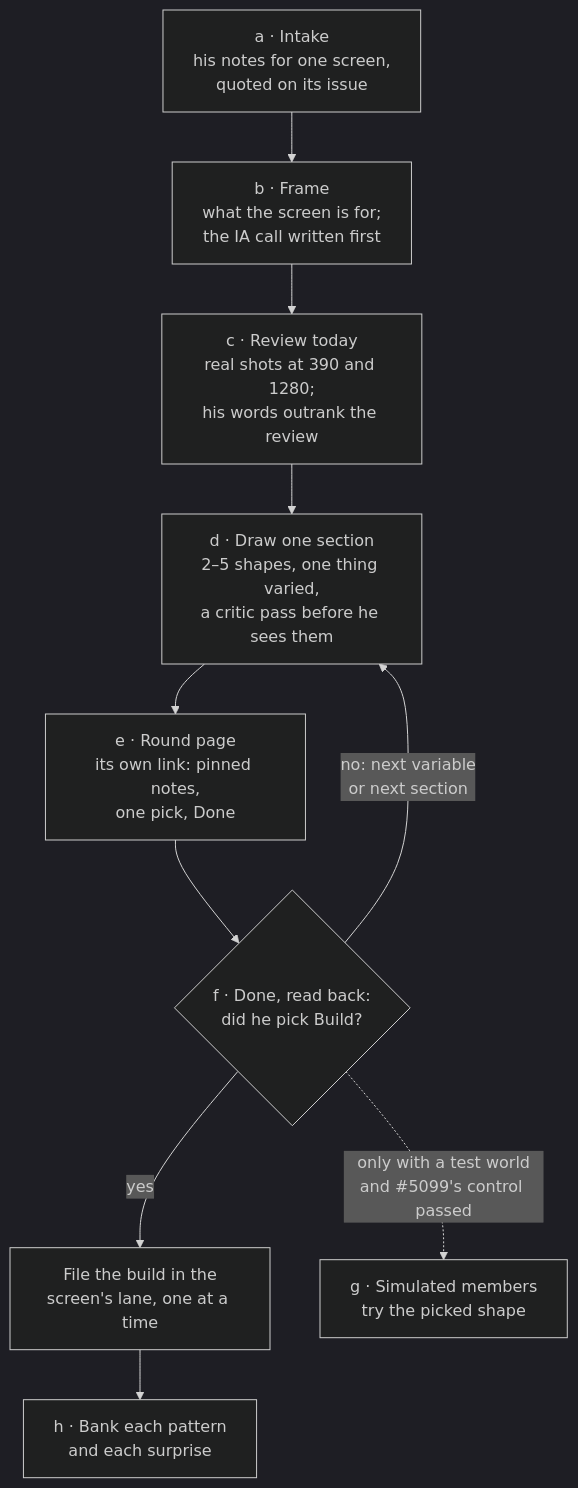
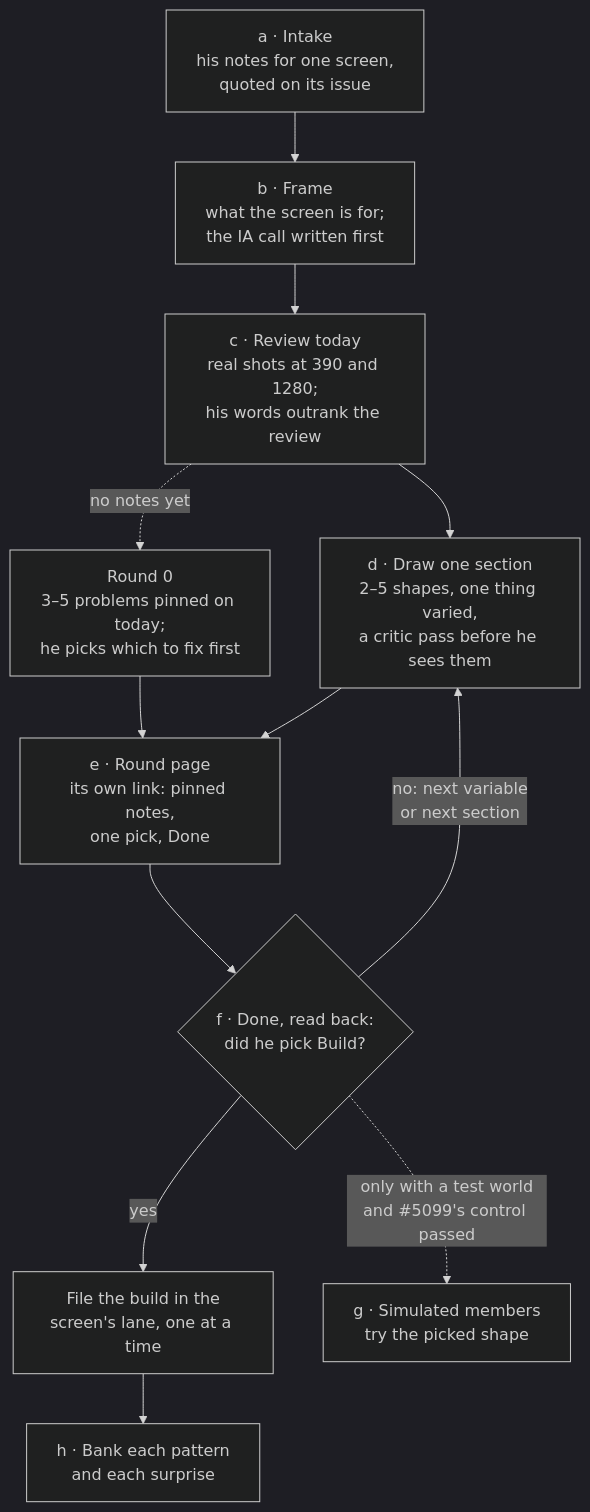
The diagram in docs/process/REDESIGN.md (ejclark/skynet-capital), drawn with Mermaid (dark theme) before and after one commit. The commit also changed other lines of this file and 22 other files, not shown here.

````diff
--- a/docs/process/REDESIGN.md
+++ b/docs/process/REDESIGN.md
@@ -11,12 +11,14 @@
 ```mermaid
 flowchart TD
   A["a · Intake<br/>his notes for one screen,<br/>quoted on its issue"] --> B["b · Frame<br/>what the screen is for;<br/>the IA call written first"]
   B --> C["c · Review today<br/>real shots at 390 and 1280;<br/>his words outrank the review"]
   C --> D["d · Draw one section<br/>2–5 shapes, one thing varied,<br/>a critic pass before he sees them"]
+  C -.->|"no notes yet"| Z["Round 0<br/>3–5 problems pinned on today;<br/>he picks which to fix first"]
+  Z --> E
   D --> E["e · Round page<br/>its own link: pinned notes,<br/>one pick, Done"]
   E --> F{"f · Done, read back:<br/>did he pick Build?"}
   F -->|"no: next variable<br/>or next section"| D
   F -->|"yes"| G["File the build in the<br/>screen's lane, one at a time"]
   F -.->|"only with a test world<br/>and #5099's control passed"| T["g · Simulated members<br/>try the picked shape"]
   G --> H["h · Bank each pattern<br/>and each surprise"]
 ```
````
